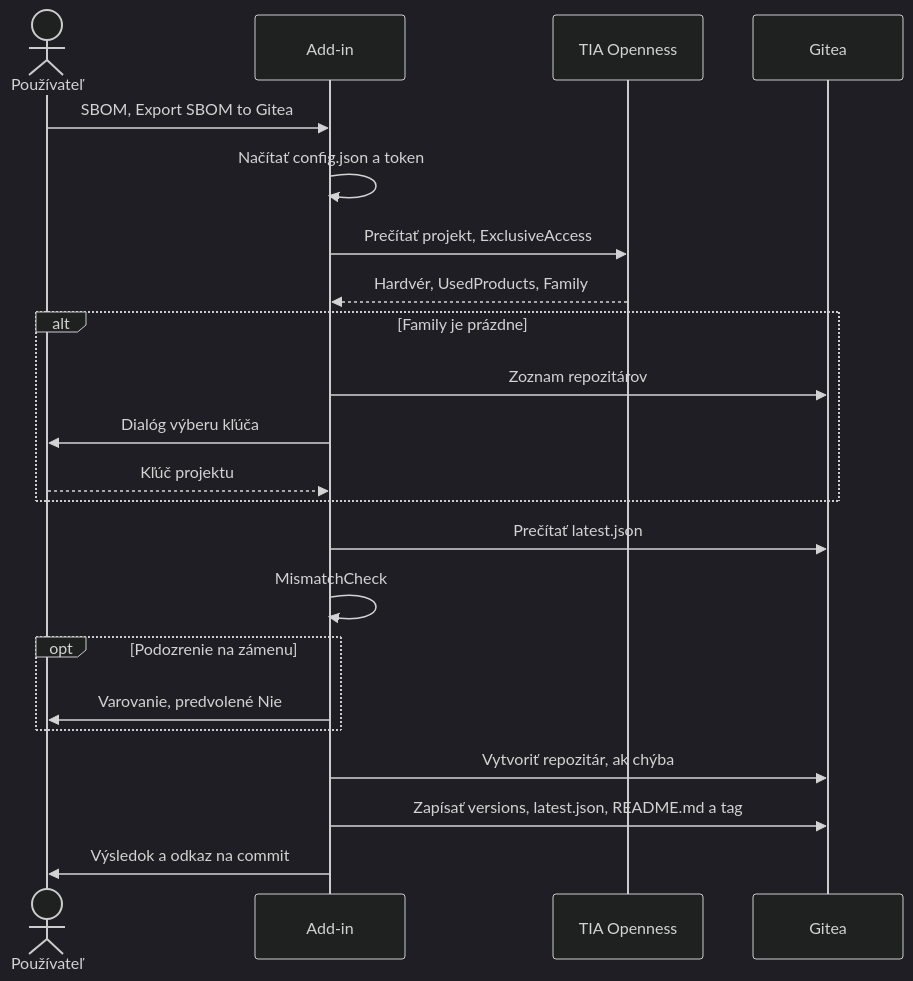
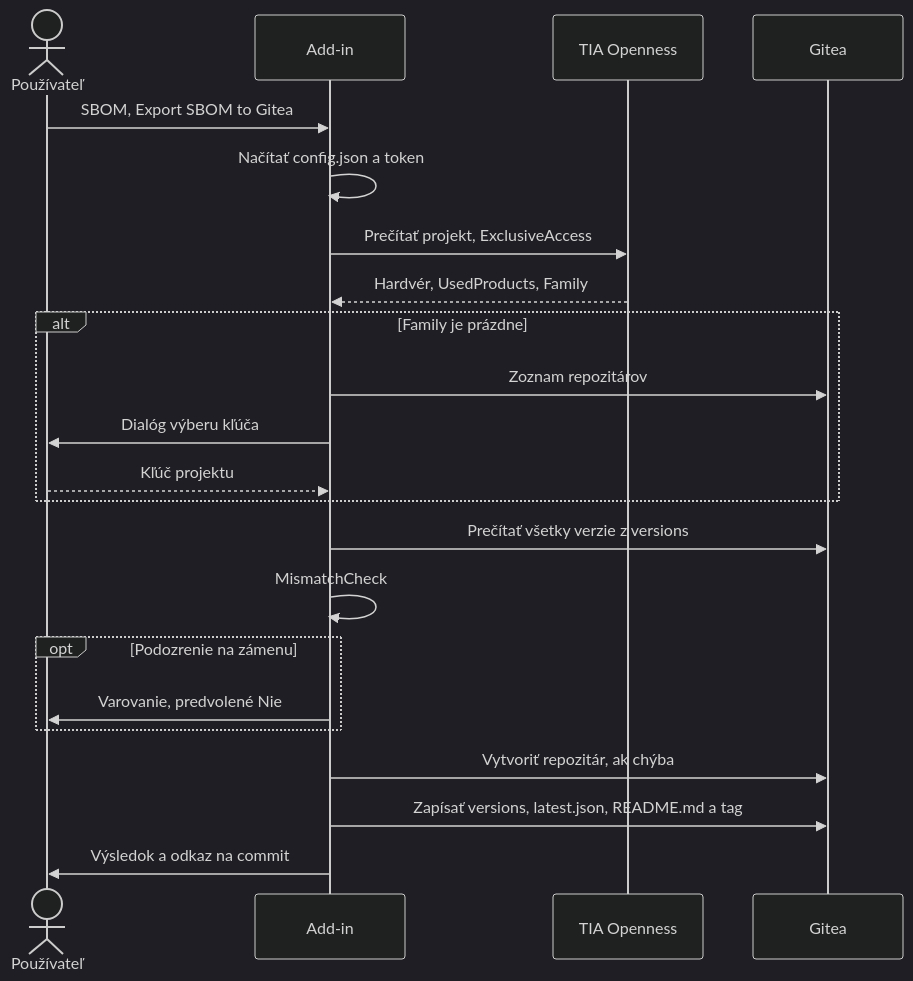
The second of 3 diagrams in docs/01-architektura.md (xsugra/tia-sbom-utility), drawn with Mermaid (dark theme) before and after one commit. The commit also changed other lines of this file and 22 other files, not shown here.

````diff
--- a/docs/01-architektura.md
+++ b/docs/01-architektura.md
@@ -50,25 +50,25 @@
 ```mermaid
 sequenceDiagram
     actor U as Používateľ
     participant A as Add-in
     participant T as TIA Openness
     participant G as Gitea
 
     U->>A: SBOM, Export SBOM to Gitea
     A->>A: Načítať config.json a token
     A->>T: Prečítať projekt, ExclusiveAccess
     T-->>A: Hardvér, UsedProducts, Family
     alt Family je prázdne
         A->>G: Zoznam repozitárov
         A->>U: Dialóg výberu kľúča
         U-->>A: Kľúč projektu
     end
-    A->>G: Prečítať latest.json
+    A->>G: Prečítať všetky verzie z versions
     A->>A: MismatchCheck
     opt Podozrenie na zámenu
         A->>U: Varovanie, predvolené Nie
     end
     A->>G: Vytvoriť repozitár, ak chýba
     A->>G: Zapísať versions, latest.json, README.md a tag
     A->>U: Výsledok a odkaz na commit
 ```
````
